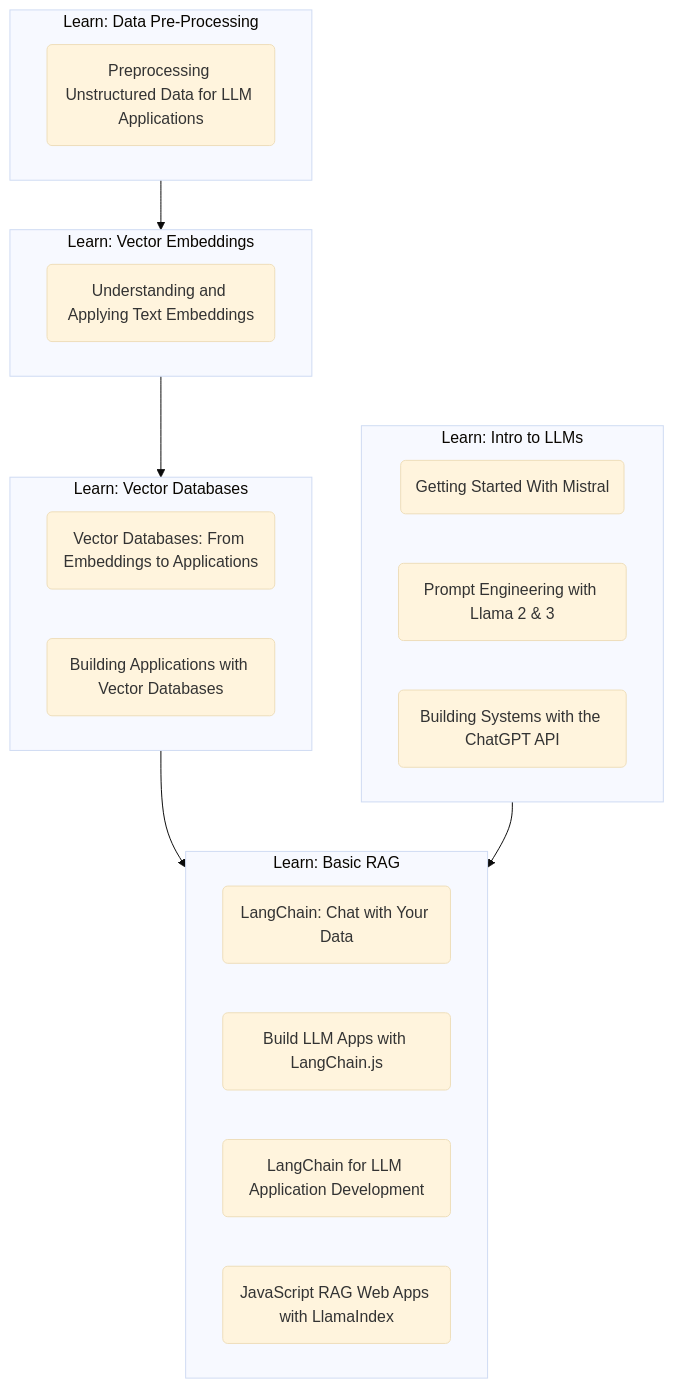
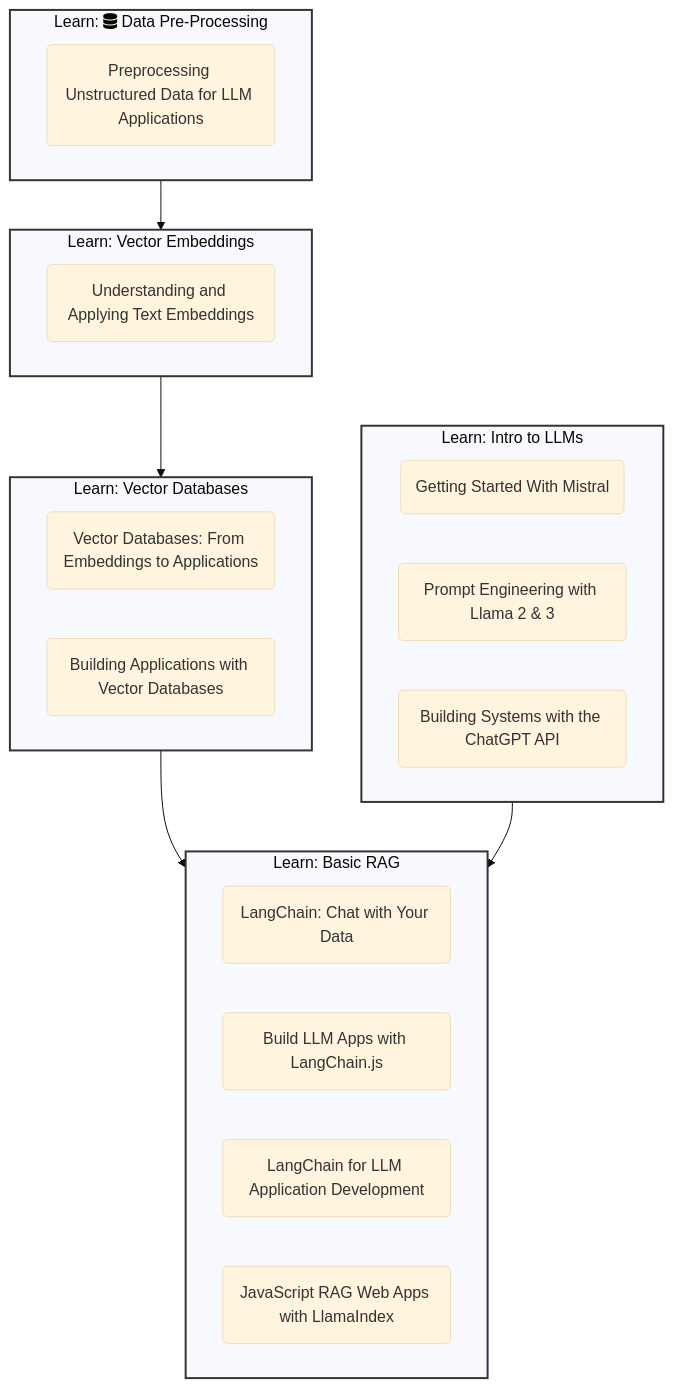
One commit to sshkhr/dlai-companion changed the diagram in docs/learning_paths/build-a-basic-rag.md. Above: the diagram before and after it, drawn with Mermaid (base theme). The commit also changed 6 other files, not shown here.

````diff
--- a/docs/learning_paths/build-a-basic-rag.md
+++ b/docs/learning_paths/build-a-basic-rag.md
@@ -8,45 +8,50 @@
 ``` mermaid
 flowchart TB
-  subgraph A[Learn: Data Pre-Processing]
+  subgraph A[Learn: fa:fa-database Data Pre-Processing]
     A1(Preprocessing Unstructured Data for LLM Applications)
+    style A stroke:#333,stroke-width:2px
   end
   subgraph B[Learn: Vector Embeddings]
+    style B stroke:#333,stroke-width:2px
     B1(Understanding and Applying Text Embeddings)
   end
   subgraph C[Learn: Vector Databases]
+    style C stroke:#333,stroke-width:2px
     B2(Vector Databases: From Embeddings to Applications)
     B3(Building Applications with Vector Databases)
   end
   subgraph D[Learn: Intro to LLMs]
+    style D stroke:#333,stroke-width:2px
     C1(Getting Started With Mistral)
     C2(Prompt Engineering with Llama 2 & 3)
     C3(Building Systems with the ChatGPT API)
   end
   subgraph E[Learn: Basic RAG]
+    style E stroke:#333,stroke-width:2px
     D2(LangChain: Chat with Your Data)
     D3(Build LLM Apps with LangChain.js)
     D4(LangChain for LLM Application Development)
     D5(JavaScript RAG Web Apps with LlamaIndex)
   end
 
   A --> B
   B --> C
   C --> E
   D --> E
   
   click A1 "https://www.deeplearning.ai/courses/preprocessing-unstructured-data-for-llm-applications" "Go to Data Pre-Processing Course"
   click B1 "https://www.deeplearning.ai/courses/understanding-and-applying-text-embeddings" "Go to Understanding and Applying Text Embeddings Course"
   click B2 "https://www.deeplearning.ai/courses/vector-databases-from-embeddings-to-applications" "Go to Vector Databases: From Embeddings to Applications Course"
   click B3 "https://www.deeplearning.ai/courses/building-applications-with-vector-databases" "Go to Building Applications with Vector Databases Course"
   click C1 "https://www.deeplearning.ai/courses/getting-started-with-mistral" "Go to Getting Started With Mistral Course"
   click C2 "https://www.deeplearning.ai/courses/prompt-engineering-with-llama-2-3" "Go to Prompt Engineering with Llama 2 & 3 Course"
   click C3 "https://www.deeplearning.ai/courses/building-systems-with-the-chatgpt-api" "Go to Building Systems with the ChatGPT API Course"
   click D1 "https://www.deeplearning.ai/courses/building-and-evaluating-advanced-rag-applications" "Go to Building and Evaluating Advanced RAG Applications Course"
   click D2 "https://www.deeplearning.ai/courses/langchain-chat-with-your-data" "Go to LangChain: Chat with Your Data Course"
   click D3 "https://www.deeplearning.ai/courses/build-llm-apps-with-langchain-js" "Go to Build LLM Apps with LangChain.js Course"
   click D4 "https://www.deeplearning.ai/courses/langchain-for-llm-application-development" "Go to LangChain for LLM Application Development Course"
   click D5 "https://www.deeplearning.ai/courses/javascript-rag-web-apps-with-llamaindex" "Go to JavaScript RAG Web Apps with LlamaIndex Course"
   click D6 "https://www.deeplearning.ai/courses/advanced-retrieval-for-ai-with-chroma" "Go to Advanced Retrieval for AI with Chroma Course"
   click D7 "https://www.deeplearning.ai/courses/building-agentic-rag-with-llamaindex" "Go to Building Agentic RAG with LlamaIndex Course"
   click D8 "https://www.deeplearning.ai/courses/knowledge-graphs-for-rag" "Go to Knowledge Graphs for RAG Course"
 ```
````
